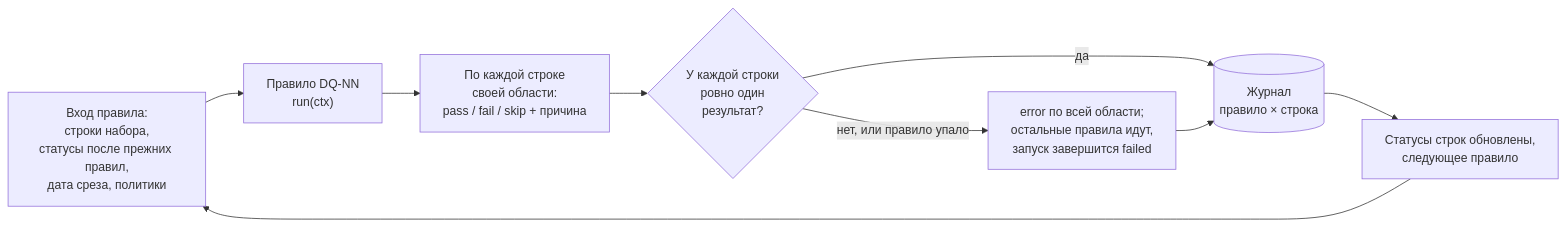
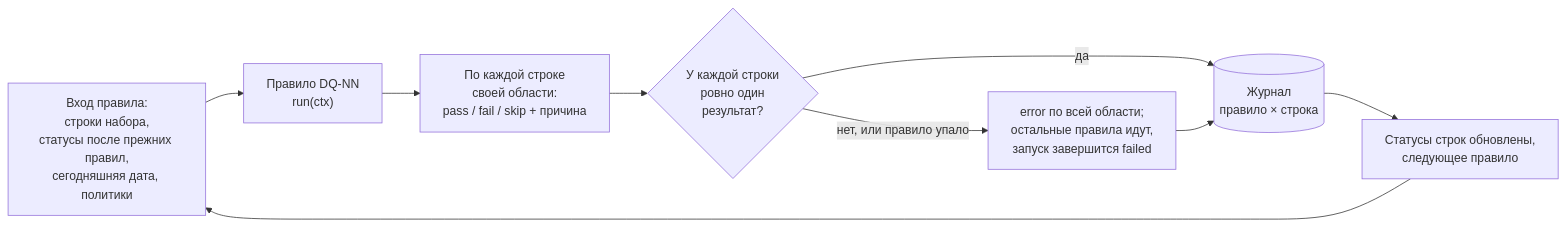
Before and after one commit to ProjectINT/business-system: the second of 4 diagrams in README.md, drawn with Mermaid. The commit also changed other lines of this file and 65 other files, not shown here.

````diff
--- a/README.md
+++ b/README.md
@@ -247,11 +245,11 @@
 ```mermaid
 flowchart LR
-  CTX["Вход правила:<br/>строки набора,<br/>статусы после прежних правил,<br/>дата среза, политики"] --> R["Правило DQ-NN<br/>run(ctx)"]
+  CTX["Вход правила:<br/>строки набора,<br/>статусы после прежних правил,<br/>сегодняшняя дата, политики"] --> R["Правило DQ-NN<br/>run(ctx)"]
   R --> RES["По каждой строке<br/>своей области:<br/>pass / fail / skip + причина"]
   RES --> CON{"У каждой строки<br/>ровно один<br/>результат?"}
   CON -->|"да"| J[("Журнал<br/>правило × строка")]
   CON -->|"нет, или правило упало"| ERR["error по всей области;<br/>остальные правила идут,<br/>запуск завершится failed"]
   ERR --> J
   J --> NEXT["Статусы строк обновлены,<br/>следующее правило"]
   NEXT --> CTX
 ```
````
